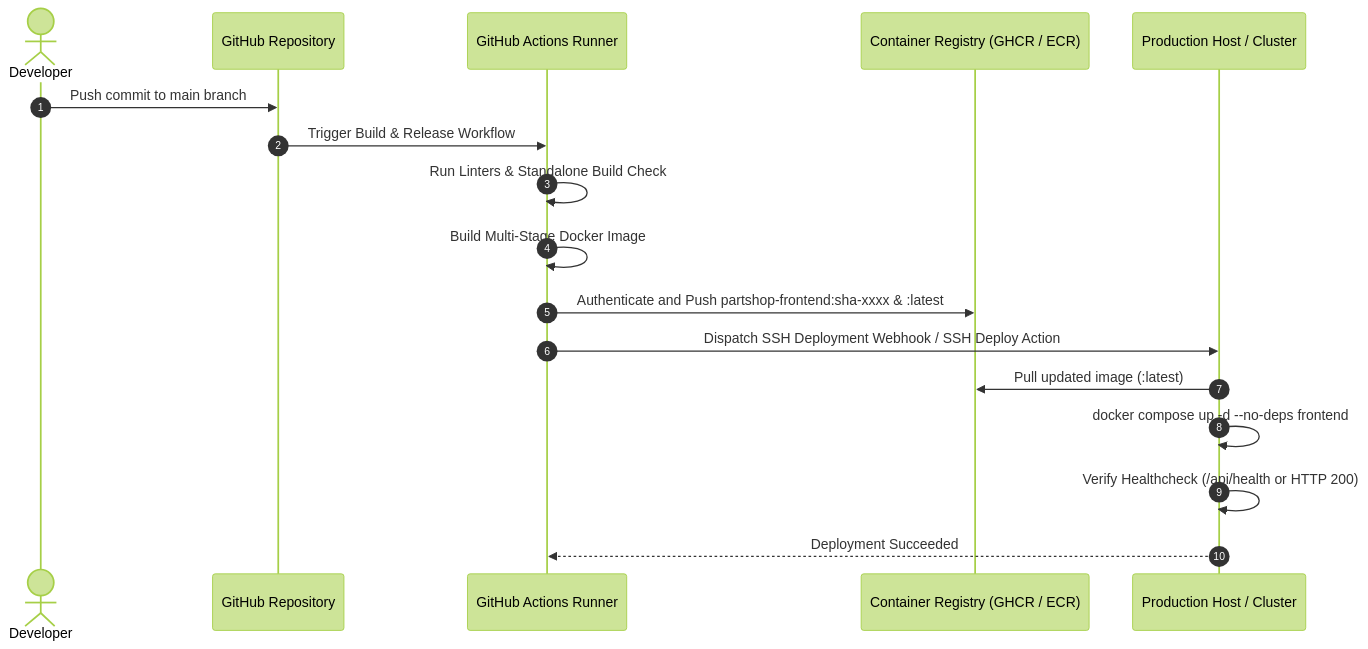
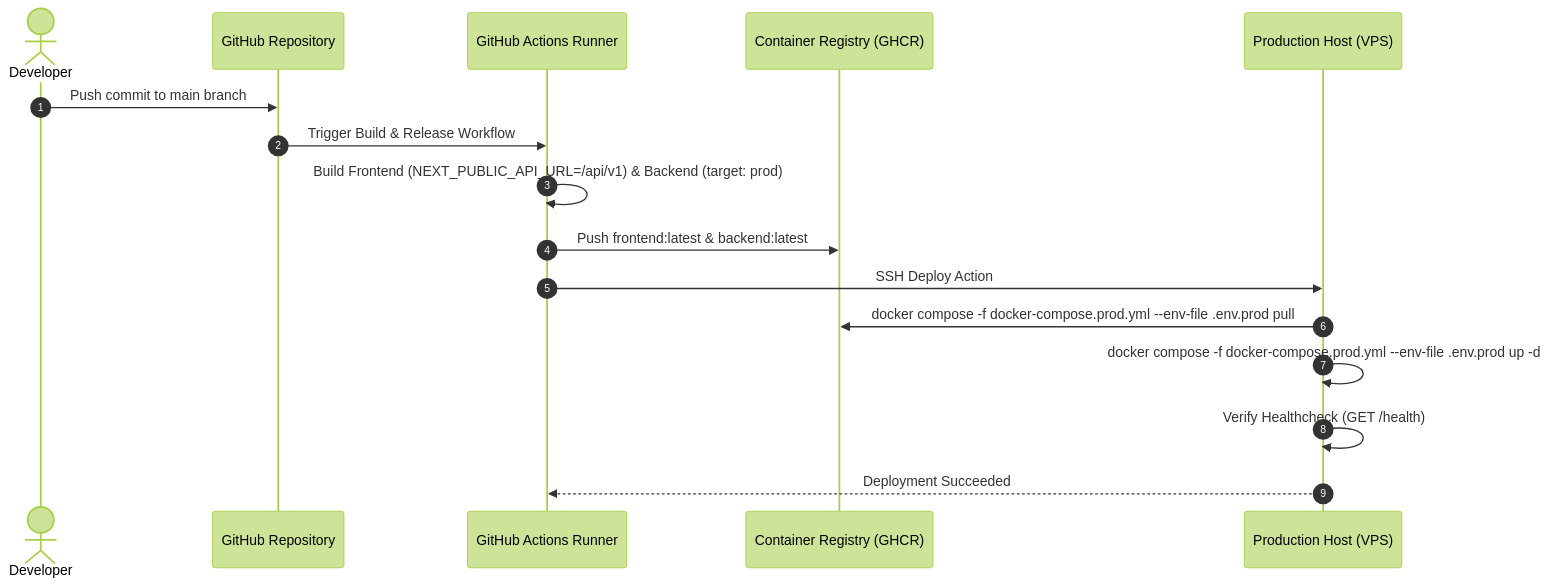
The second of 2 diagrams in docs/deployment.md (biswajit-rout/PartShop), drawn with Mermaid (forest theme) before and after one commit. The commit also changed other lines of this file and 51 other files, not shown here.

````diff
--- a/docs/deployment.md
+++ b/docs/deployment.md
@@ -88,20 +94,19 @@
 ```mermaid
 sequenceDiagram
     autonumber
     actor Developer
     participant Git as GitHub Repository
     participant CI as GitHub Actions Runner
-    participant Registry as Container Registry (GHCR / ECR)
-    participant Server as Production Host / Cluster
+    participant Registry as Container Registry (GHCR)
+    participant Server as Production Host (VPS)
 
     Developer->>Git: Push commit to main branch
     Git->>CI: Trigger Build & Release Workflow
-    CI->>CI: Run Linters & Standalone Build Check
-    CI->>CI: Build Multi-Stage Docker Image
-    CI->>Registry: Authenticate and Push partshop-frontend:sha-xxxx & :latest
-    CI->>Server: Dispatch SSH Deployment Webhook / SSH Deploy Action
-    Server->>Registry: Pull updated image (:latest)
-    Server->>Server: docker compose up -d --no-deps frontend
-    Server->>Server: Verify Healthcheck (/api/health or HTTP 200)
+    CI->>CI: Build Frontend (NEXT_PUBLIC_API_URL=/api/v1) & Backend (target: prod)
+    CI->>Registry: Push frontend:latest & backend:latest
+    CI->>Server: SSH Deploy Action
+    Server->>Registry: docker compose -f docker-compose.prod.yml --env-file .env.prod pull
+    Server->>Server: docker compose -f docker-compose.prod.yml --env-file .env.prod up -d
+    Server->>Server: Verify Healthcheck (GET /health)
     Server-->>CI: Deployment Succeeded
 ```
````
